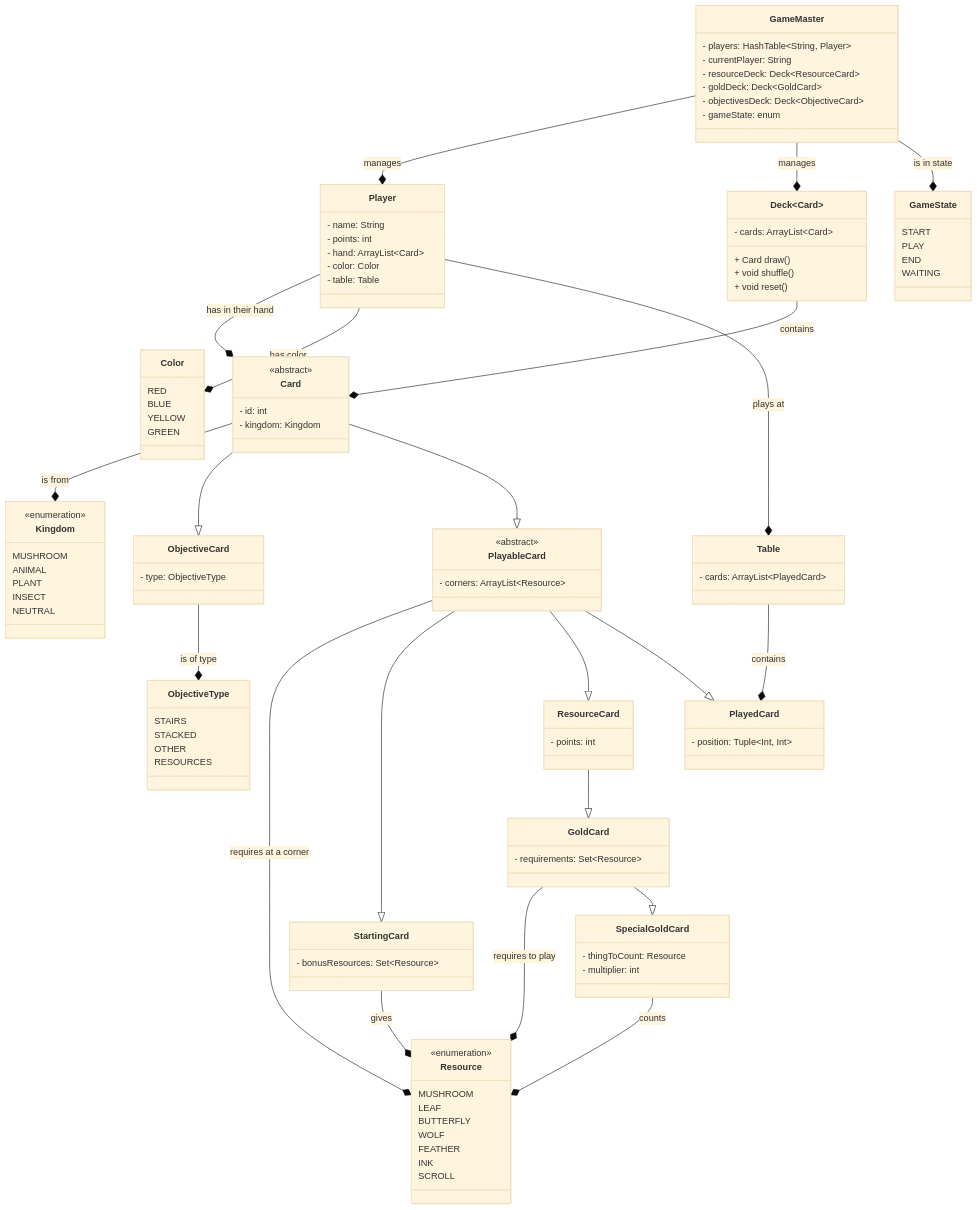
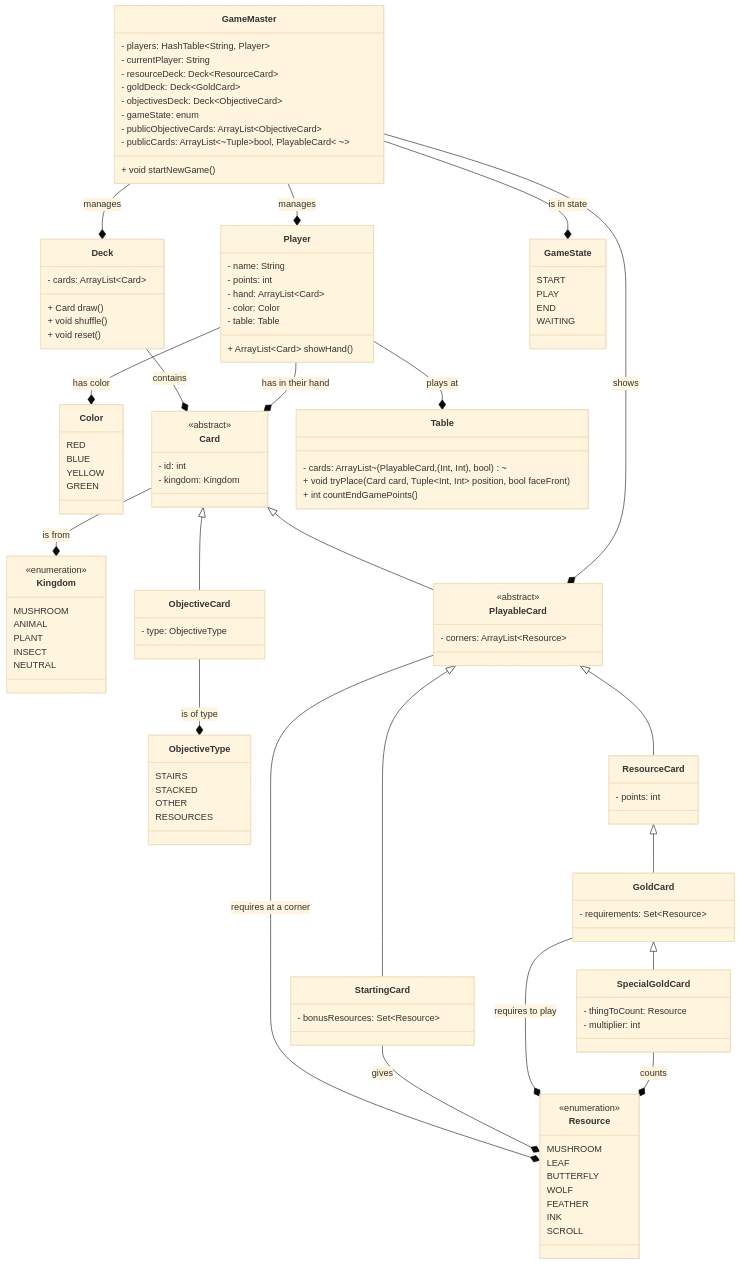
The diagram in deliverables/UML/model.md (TheCaptainCraken/IS24-AM26), drawn with Mermaid (base theme) before and after one commit.

Commit message:
maybe better (also wrong arrows fixed)

````diff
--- a/deliverables/UML/model.md
+++ b/deliverables/UML/model.md
@@ -82,14 +82,14 @@
 
     SpecialGoldCard --* Resource : counts
 
-    Card --|> ObjectiveCard
-    Card --|> PlayableCard
-    PlayableCard --|> StartingCard
-    PlayableCard --|> ResourceCard
-    ResourceCard --|> GoldCard
-    GoldCard --|> SpecialGoldCard
+    Card <|-- ObjectiveCard
+    Card <|-- PlayableCard
+    PlayableCard <|-- StartingCard
+    PlayableCard <|-- ResourceCard
+    ResourceCard <|-- GoldCard
+    GoldCard <|-- SpecialGoldCard
 
-    class Deck~Card~ {
+    class Deck {
         - cards: ArrayList~Card~
         + Card draw()
         + void shuffle()
@@ -104,13 +104,18 @@
         - hand: ArrayList~Card~
         - color: Color
         - table: Table
+
+        + ArrayList~Card~ showHand() 
     }
 
     Player --* Card : has in their hand 
     Player --* Color : has color
 
     class Table {
-        - cards: ArrayList~PlayedCard~
+        - cards: ArrayList~(PlayableCard, (Int, Int), bool)~
+
+        + void tryPlace(Card card, Tuple~Int, Int~ position, bool faceFront)
+        + int countEndGamePoints()
     }
 
     Player --* Table : plays at
@@ -129,17 +134,15 @@
         - goldDeck: Deck~GoldCard~
         - objectivesDeck: Deck~ObjectiveCard~
         - gameState: enum
+        - publicObjectiveCards: ArrayList~ObjectiveCard~
+        - publicCards: ArrayList~~Tuple~bool, PlayableCard~ ~~
+
+        + void startNewGame()
     }
 
     GameMaster --* Player : manages
     GameMaster --* Deck : manages
     GameMaster --* GameState : is in state
-
-    class PlayedCard {
-        - position: Tuple~Int, Int~
-    }
-
-    Table --* PlayedCard : contains
-    PlayableCard --|> PlayedCard
+    GameMaster --* PlayableCard : shows
 
 ```
````
